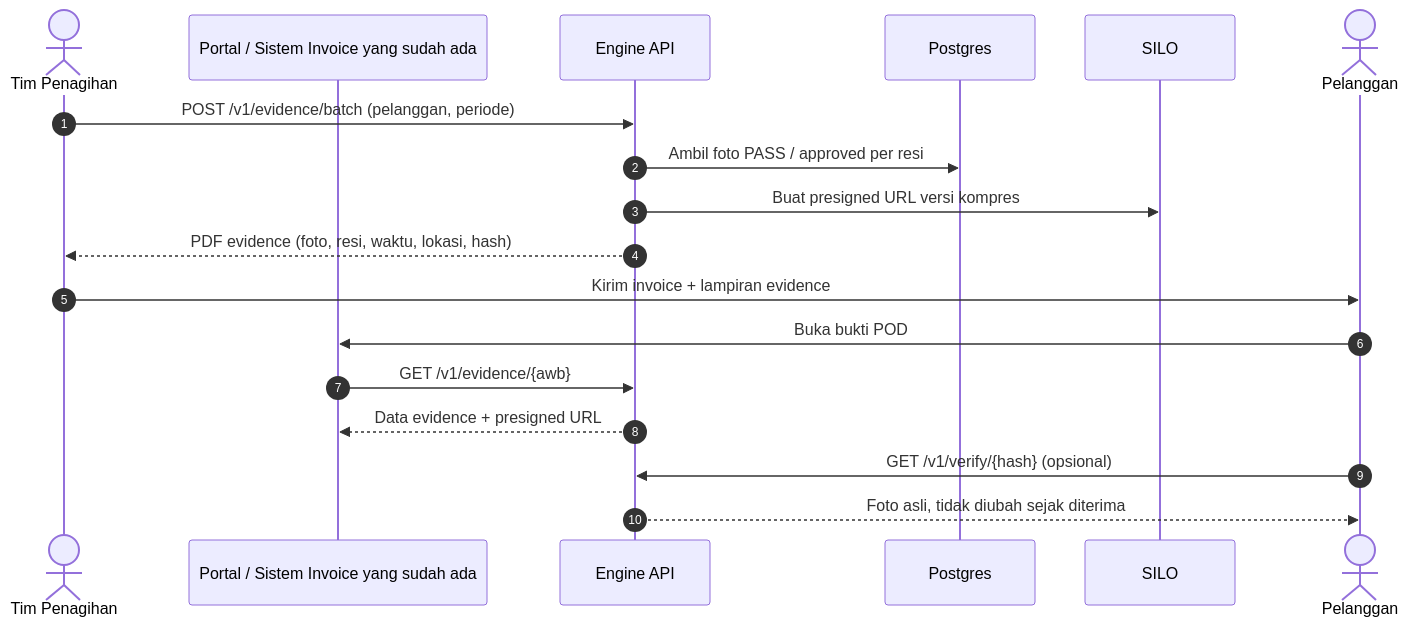
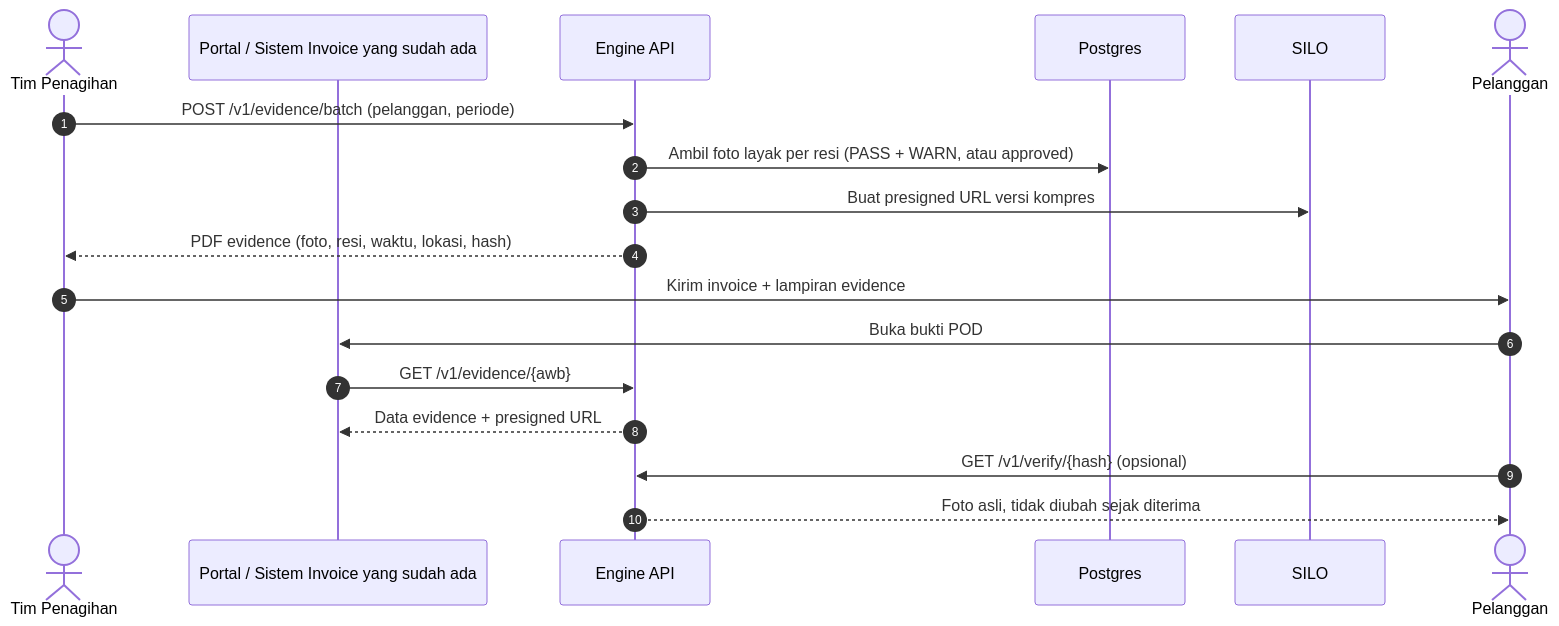
Diagram 12 of 19 in docs/sdlc-plan.md (anas-fikri/ocr-engine), drawn with Mermaid before and after one commit. The commit also changed other lines of this file and 12 other files, not shown here.

````diff
--- a/docs/sdlc-plan.md
+++ b/docs/sdlc-plan.md
@@ -790,21 +814,21 @@
 ```mermaid
 sequenceDiagram
     autonumber
     actor F as Tim Penagihan
     participant P as Portal / Sistem Invoice yang sudah ada
     participant API as Engine API
     participant DB as Postgres
     participant S as SILO
     actor C as Pelanggan
 
     F->>API: POST /v1/evidence/batch (pelanggan, periode)
-    API->>DB: Ambil foto PASS / approved per resi
+    API->>DB: Ambil foto layak per resi (PASS + WARN, atau approved)
     API->>S: Buat presigned URL versi kompres
     API-->>F: PDF evidence (foto, resi, waktu, lokasi, hash)
     F->>C: Kirim invoice + lampiran evidence
     C->>P: Buka bukti POD
     P->>API: GET /v1/evidence/{awb}
     API-->>P: Data evidence + presigned URL
     C->>API: GET /v1/verify/{hash} (opsional)
     API-->>C: Foto asli, tidak diubah sejak diterima
 ```
````
